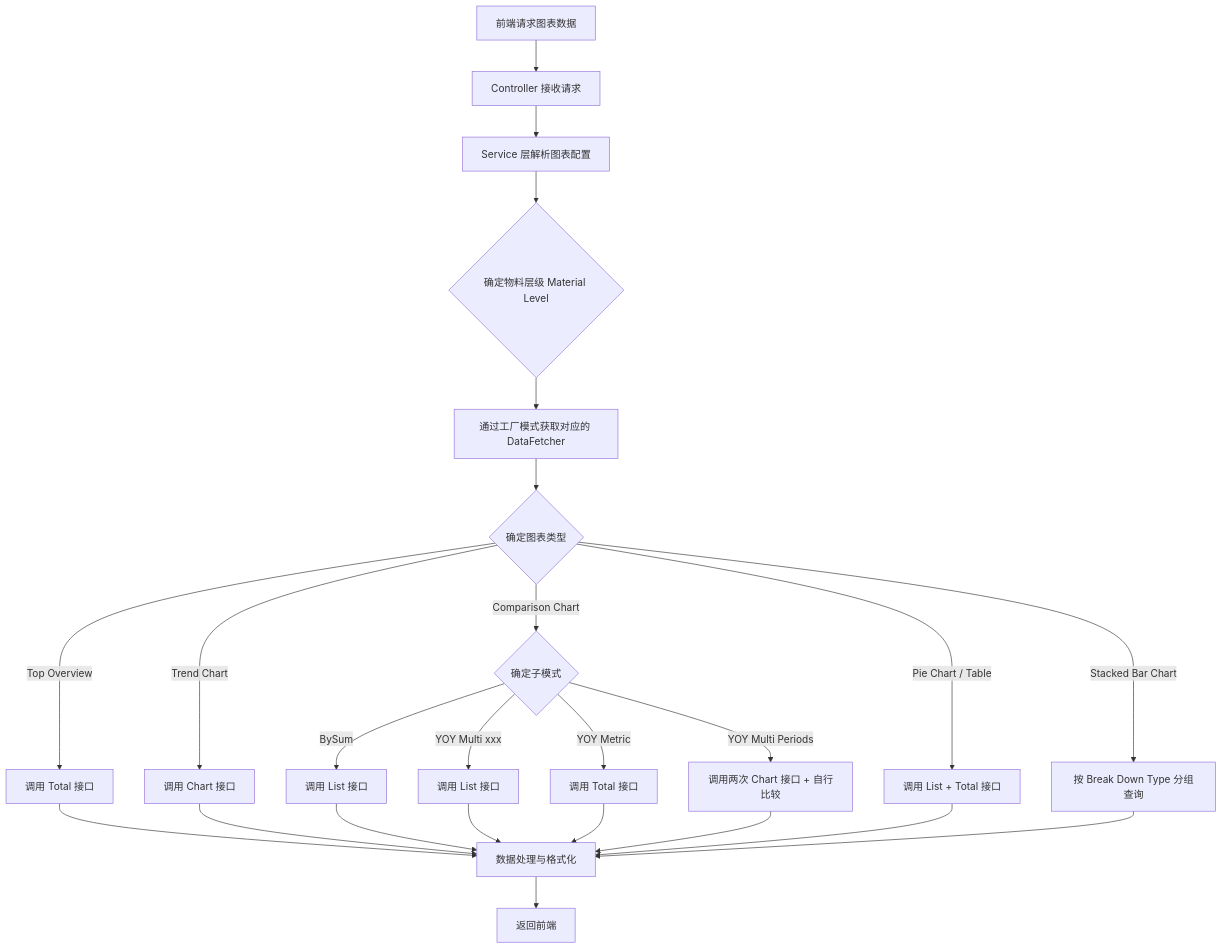
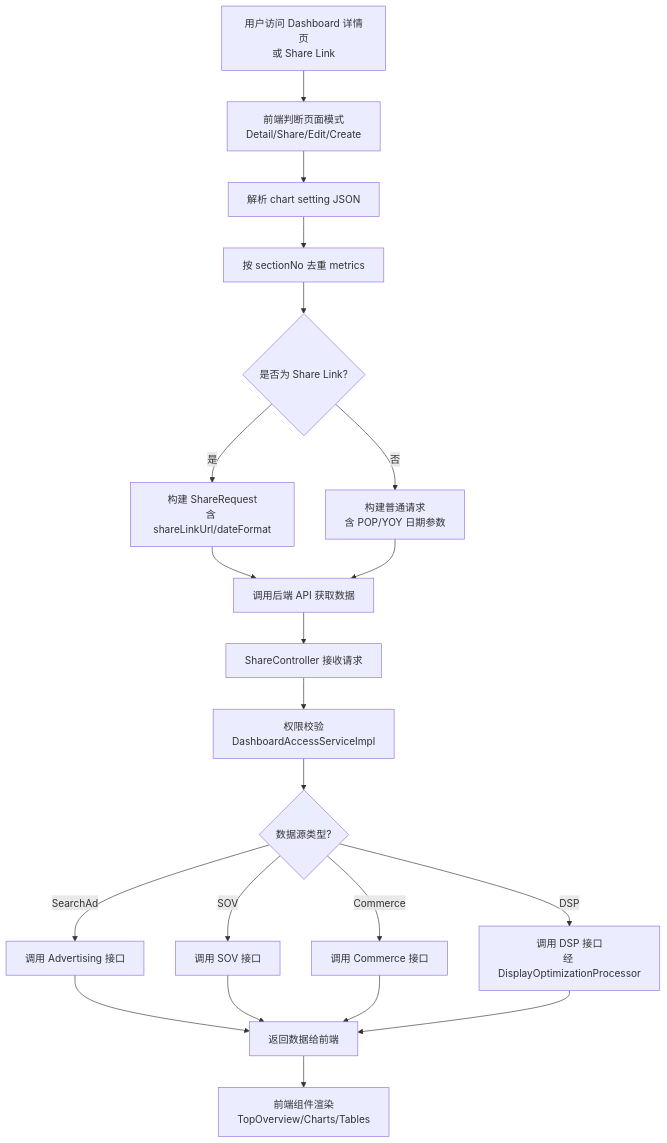
One commit to suoweiwei-pacvue/document-automation changed the second of 6 diagrams in output/00-architecture.md. Above: the diagram before and after it, drawn with Mermaid. The commit also changed other lines of this file and 55 other files, not shown here.

````diff
--- a/output/00-architecture.md
+++ b/output/00-architecture.md
@@ -297,28 +332,23 @@
 ```mermaid
 flowchart TD
-    A[前端请求图表数据] --> B[Controller 接收请求]
-    B --> C[Service 层解析图表配置]
-    C --> D{确定物料层级 Material Level}
-    D --> E[通过工厂模式获取对应的 DataFetcher]
-    E --> F{确定图表类型}
-
-    F -->|Top Overview| G[调用 Total 接口]
-    F -->|Trend Chart| H[调用 Chart 接口]
-    F -->|Comparison Chart| I{确定子模式}
-    I -->|BySum| J[调用 List 接口]
-    I -->|YOY Multi xxx| K[调用 List 接口]
-    I -->|YOY Metric| L[调用 Total 接口]
-    I -->|YOY Multi Periods| M[调用两次 Chart 接口 + 自行比较]
-    F -->|Pie Chart / Table| N[调用 List + Total 接口]
-    F -->|Stacked Bar Chart| O[按 Break Down Type 分组查询]
-
-    G --> P[数据处理与格式化]
-    H --> P
-    J --> P
-    K --> P
-    L --> P
+    A[用户访问 Dashboard 详情页<br/>或 Share Link] --> B[前端判断页面模式<br/>Detail/Share/Edit/Create]
+    B --> C[解析 chart setting JSON]
+    C --> D[按 sectionNo 去重 metrics]
+    D --> E{是否为 Share Link?}
+    E -->|是| F[构建 ShareRequest<br/>含 shareLinkUrl/dateFormat]
+    E -->|否| G[构建普通请求<br/>含 POP/YOY 日期参数]
+    F --> H[调用后端 API 获取数据]
+    G --> H
+    H --> I[ShareController 接收请求]
+    I --> J[权限校验<br/>DashboardAccessServiceImpl]
+    J --> K{数据源类型?}
+    K -->|SearchAd| L[调用 Advertising 接口]
+    K -->|SOV| M[调用 SOV 接口]
+    K -->|Commerce| N[调用 Commerce 接口]
+    K -->|DSP| O[调用 DSP 接口<br/>经 DisplayOptimizationProcessor]
+    L --> P[返回数据给前端]
     M --> P
     N --> P
     O --> P
-    P --> Q[返回前端]
+    P --> Q[前端组件渲染<br/>TopOverview/Charts/Tables]
 ```
````
